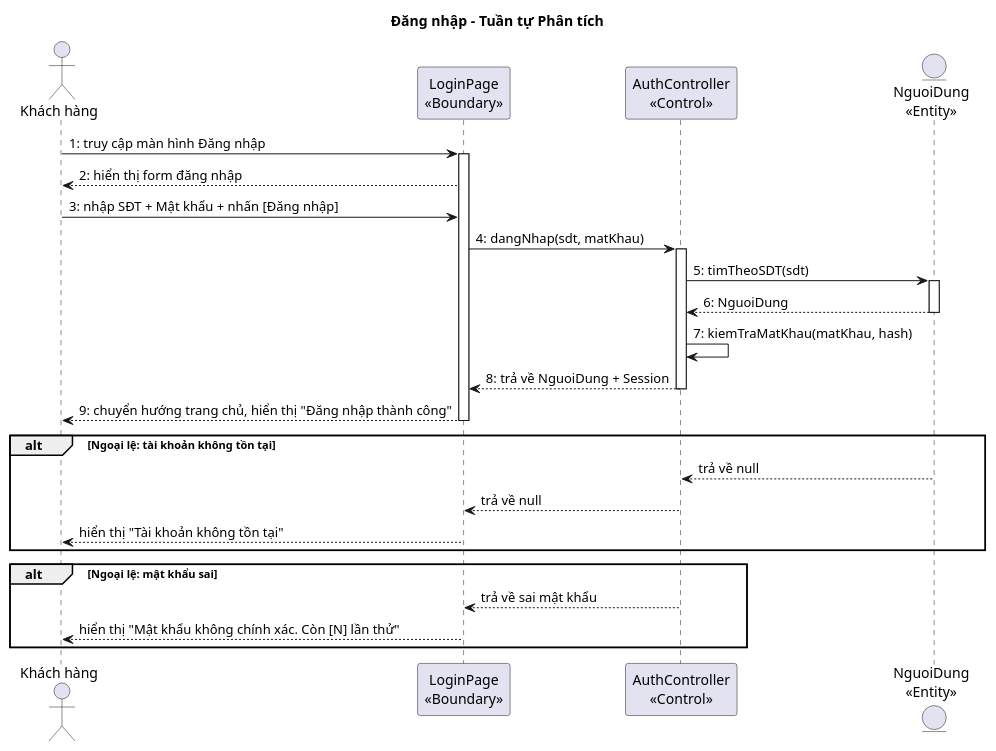
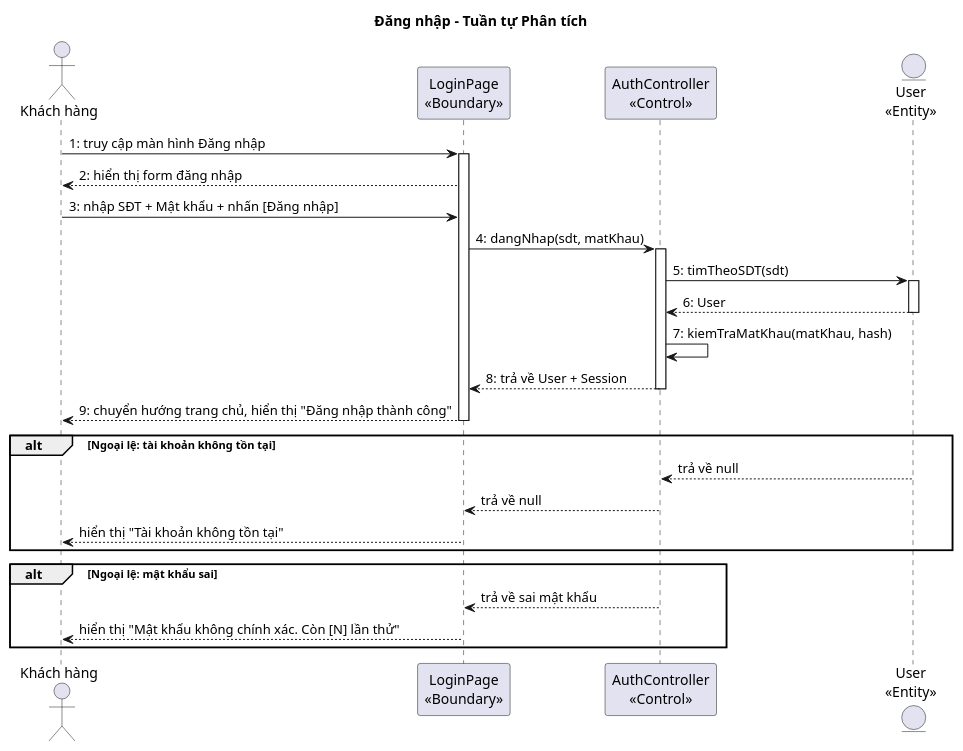
One commit to thanhtrnnn/cnpm changed the first of 5 diagrams in docs/tabs/section-account-ii.md. Above: the diagram before and after it, drawn with PlantUML. The commit also changed other lines of this file and 15 other files, not shown here.

````diff
--- a/docs/tabs/section-account-ii.md
+++ b/docs/tabs/section-account-ii.md
@@ -188,37 +188,37 @@
 ```plantuml
 @startuml
 title Đăng nhập – Tuần tự Phân tích
 
 actor "Khách hàng" as KH
 participant "LoginPage\n<<Boundary>>" as B1
 participant "AuthController\n<<Control>>" as C1
-entity "NguoiDung\n<<Entity>>" as E1
+entity "User\n<<Entity>>" as E1
 
 KH -> B1 : 1: truy cập màn hình Đăng nhập
 activate B1
 B1 --> KH : 2: hiển thị form đăng nhập
 KH -> B1 : 3: nhập SĐT + Mật khẩu + nhấn [Đăng nhập]
 B1 -> C1 : 4: dangNhap(sdt, matKhau)
 activate C1
 C1 -> E1 : 5: timTheoSDT(sdt)
 activate E1
-E1 --> C1 : 6: NguoiDung
+E1 --> C1 : 6: User
 deactivate E1
 C1 -> C1 : 7: kiemTraMatKhau(matKhau, hash)
-C1 --> B1 : 8: trả về NguoiDung + Session
+C1 --> B1 : 8: trả về User + Session
 deactivate C1
 B1 --> KH : 9: chuyển hướng trang chủ, hiển thị "Đăng nhập thành công"
 deactivate B1
 
 alt Ngoại lệ: tài khoản không tồn tại
   E1 --> C1 : trả về null
   C1 --> B1 : trả về null
   B1 --> KH : hiển thị "Tài khoản không tồn tại"
 end
 
 alt Ngoại lệ: mật khẩu sai
   C1 --> B1 : trả về sai mật khẩu
   B1 --> KH : hiển thị "Mật khẩu không chính xác. Còn [N] lần thử"
 end
 @enduml
 ```
````
